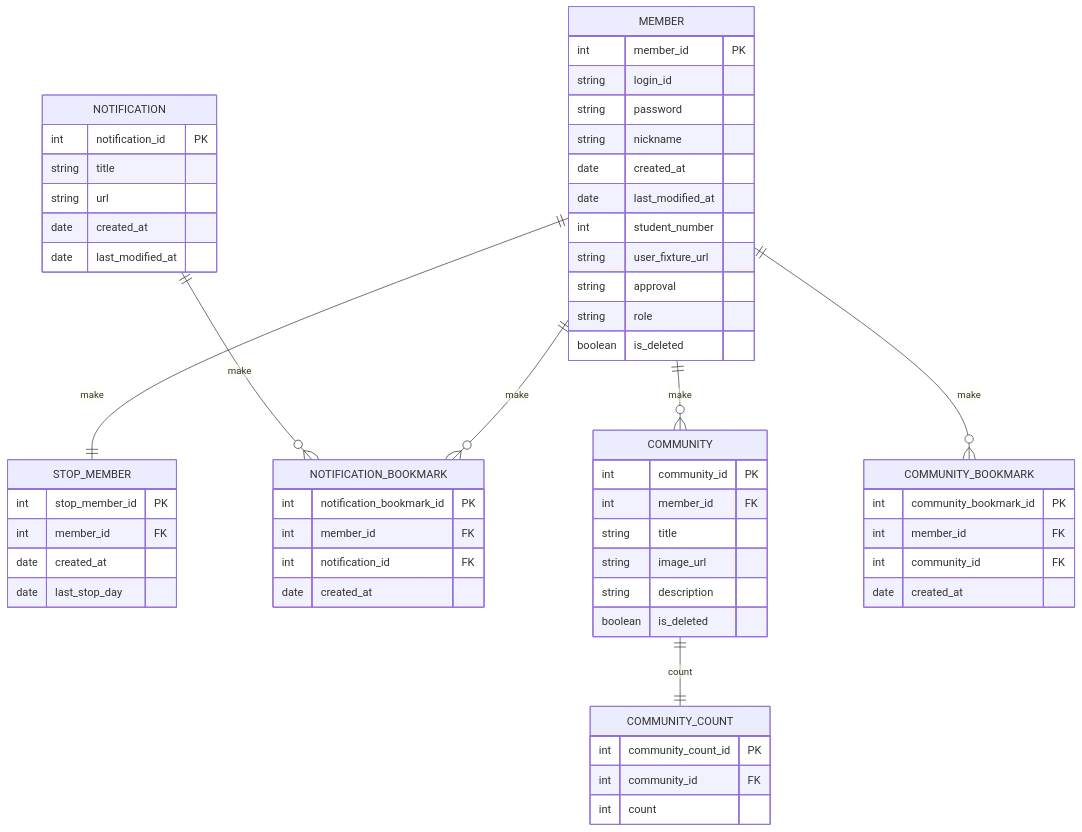
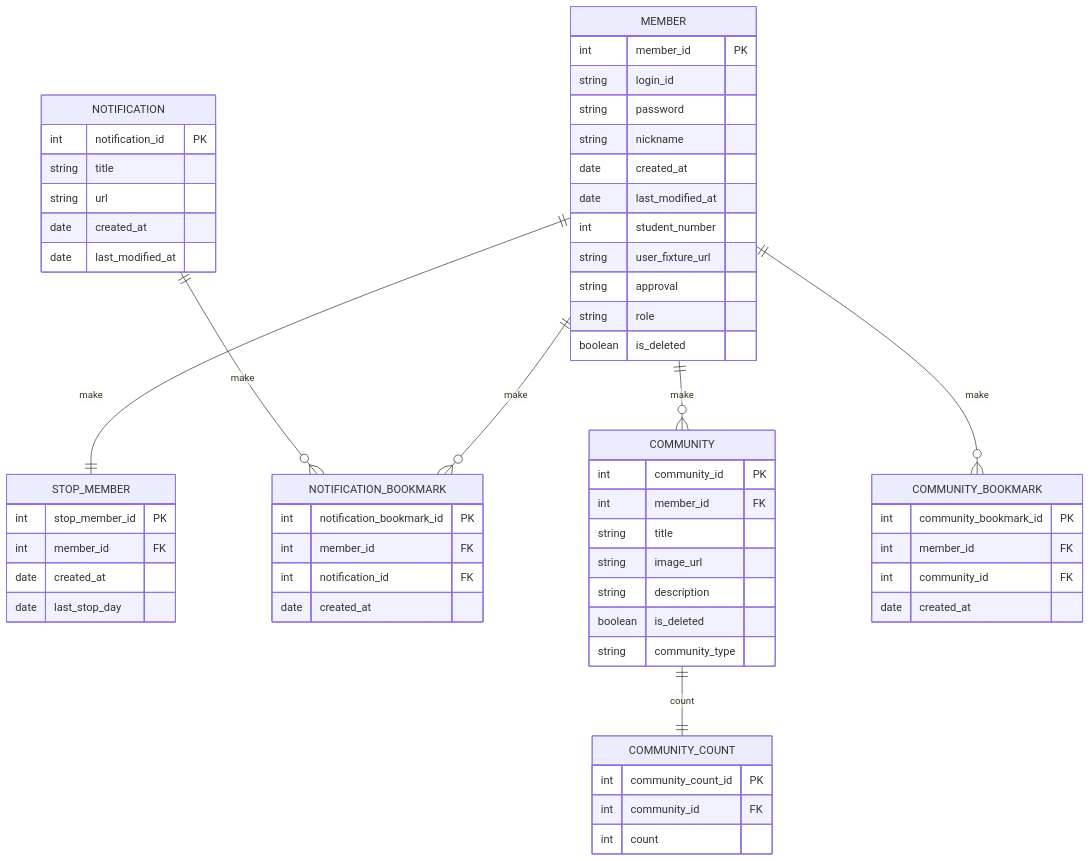
One commit to android-project-04/cbnu-sw-alrami changed the second of 2 diagrams in README.md. Above: the diagram before and after it, drawn with Mermaid.

````diff
--- a/README.md
+++ b/README.md
@@ -68,67 +68,68 @@
 ``` mermaid
 erDiagram
     MEMBER ||--|| STOP_MEMBER : make
     MEMBER ||--o{ NOTIFICATION_BOOKMARK : make
     NOTIFICATION ||--o{ NOTIFICATION_BOOKMARK : make
     MEMBER ||--o{ COMMUNITY : make
     MEMBER ||--o{ COMMUNITY_BOOKMARK : make
     COMMUNITY ||--|| COMMUNITY_COUNT : count
 
     MEMBER {
         int member_id PK
         string login_id
         string password
         string nickname
         date created_at
         date last_modified_at
         int student_number
         string user_fixture_url
         string approval
         string role
         boolean is_deleted
     }
 
     STOP_MEMBER {
         int stop_member_id PK
         int member_id FK
         date created_at
         date last_stop_day
     }
 
     NOTIFICATION_BOOKMARK {
         int notification_bookmark_id PK
         int member_id FK
         int notification_id FK
         date created_at
     }
 
     NOTIFICATION {
         int notification_id PK
         string title
         string url
         date created_at
         date last_modified_at
     }
 
     COMMUNITY_BOOKMARK {
         int community_bookmark_id PK
         int member_id FK
         int community_id FK
         date created_at
     }
 
     COMMUNITY {
         int community_id PK
         int member_id FK
         string title 
         string image_url
         string description
         boolean is_deleted
+        string community_type
     }
 
     COMMUNITY_COUNT {
         int community_count_id PK
         int community_id FK
         int count
     }
 ```
````
